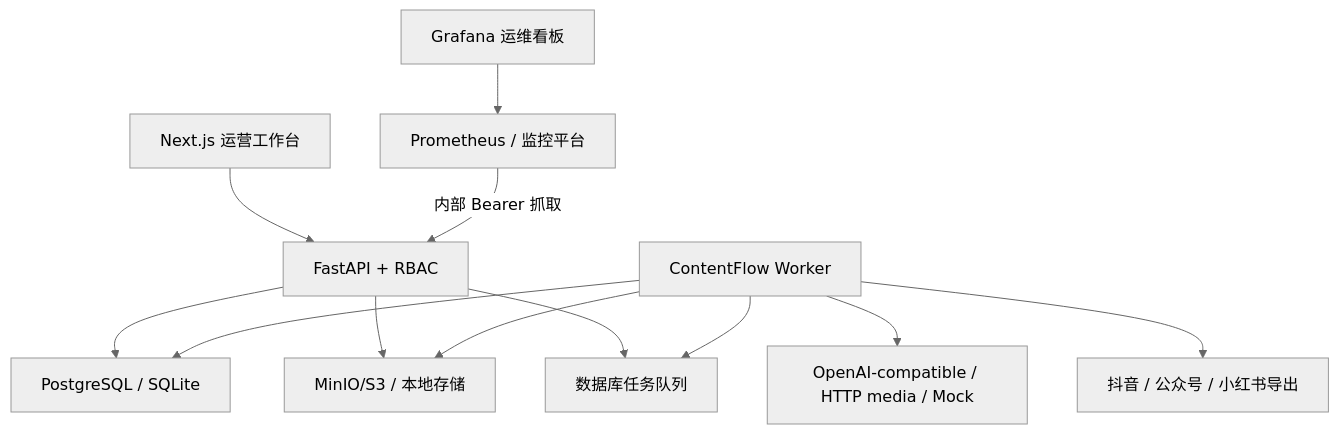
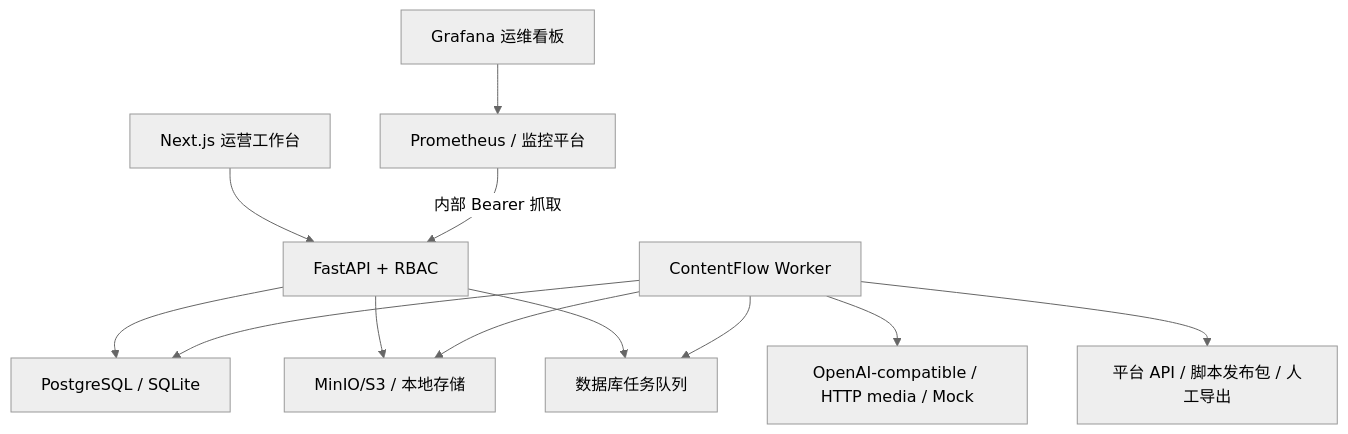
One commit to heee000/ContentFlow changed the diagram in docs/architecture.md. Above: the diagram before and after it, drawn with Mermaid (neutral theme). The commit also changed other lines of this file and 19 other files, not shown here.

````diff
--- a/docs/architecture.md
+++ b/docs/architecture.md
@@ -7,14 +7,14 @@
 ```mermaid
 flowchart TB
     Web["Next.js 运营工作台"] --> API["FastAPI + RBAC"]
     Grafana["Grafana 运维看板"] --> Prometheus["Prometheus / 监控平台"]
     Prometheus -->|"内部 Bearer 抓取"| API
     API --> DB["PostgreSQL / SQLite"]
     API --> Object["MinIO/S3 / 本地存储"]
     API --> Queue["数据库任务队列"]
     Worker["ContentFlow Worker"] --> Queue
     Worker --> DB
     Worker --> Object
     Worker --> Models["OpenAI-compatible / HTTP media / Mock"]
-    Worker --> Platforms["抖音 / 公众号 / 小红书导出"]
+    Worker --> Platforms["平台 API / 脚本发布包 / 人工导出"]
 ```
````
